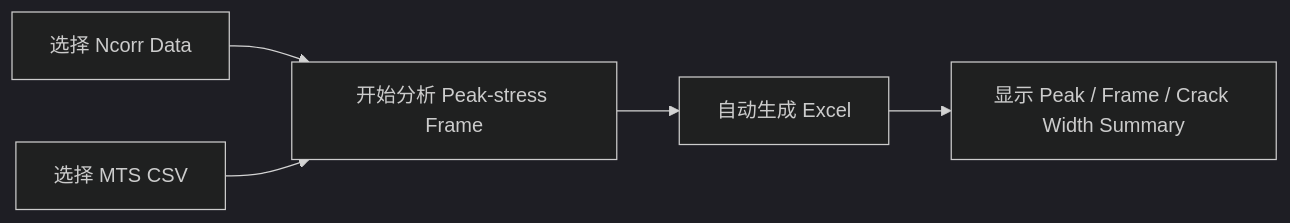
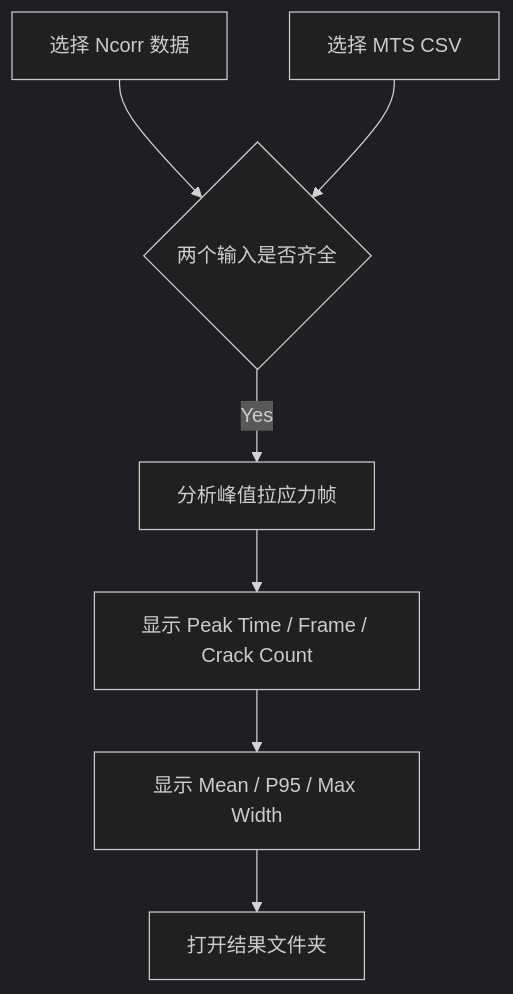
The sixth of 6 diagrams in README.md (liqinglq666/CrackVision-DIC), drawn with Mermaid (dark theme) before and after one commit. The commit also changed other lines of this file, not shown here.

Commit message:
docs: fix GitHub README math rendering and simplify diagrams

````diff
--- a/README.md
+++ b/README.md
@@ -799,7 +647,9 @@
 ```mermaid
-flowchart LR
-    A[选择 Ncorr Data] --> C[开始分析 Peak-stress Frame]
+flowchart TD
+    A[选择 Ncorr 数据] --> C{两个输入是否齐全}
     B[选择 MTS CSV] --> C
-    C --> D[自动生成 Excel]
-    D --> E[显示 Peak / Frame / Crack Width Summary]
+    C -->|Yes| D[分析峰值拉应力帧]
+    D --> E[显示 Peak Time / Frame / Crack Count]
+    E --> F[显示 Mean / P95 / Max Width]
+    F --> G[打开结果文件夹]
 ```
````
